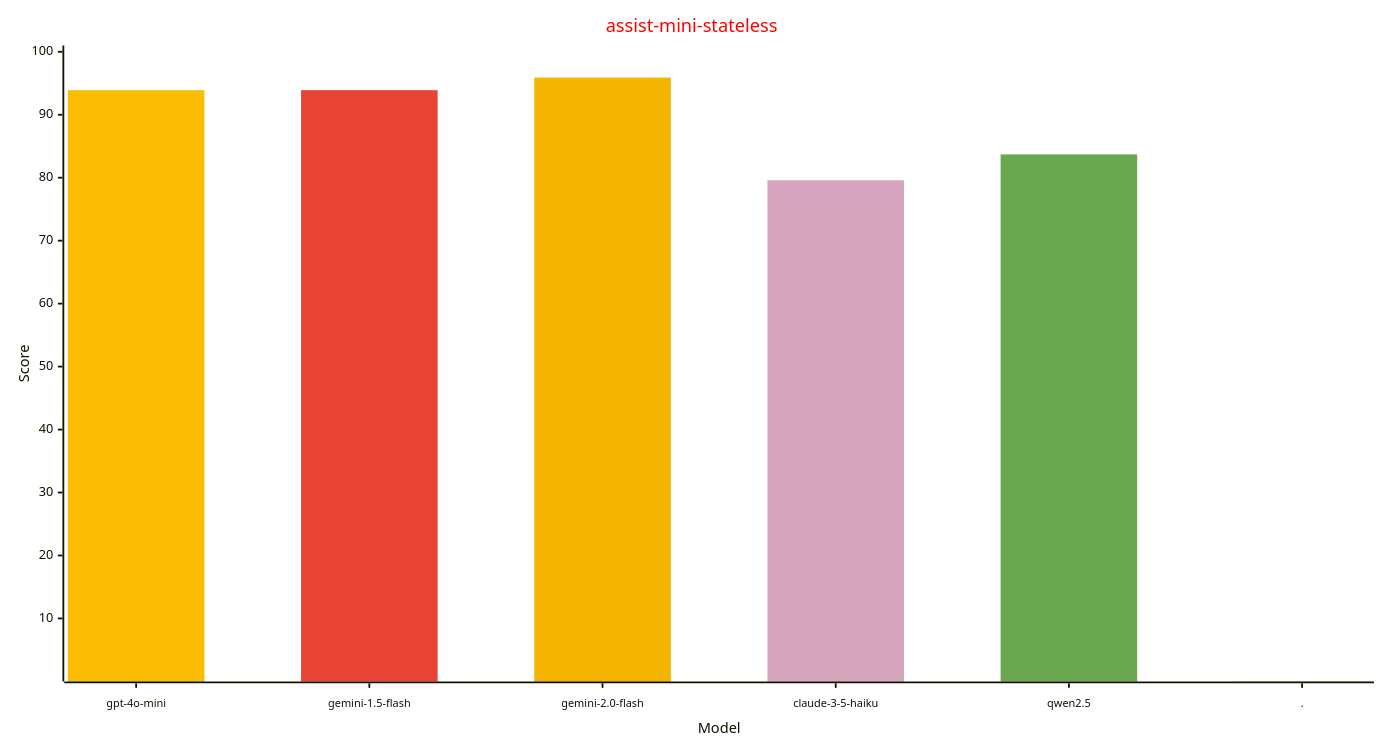
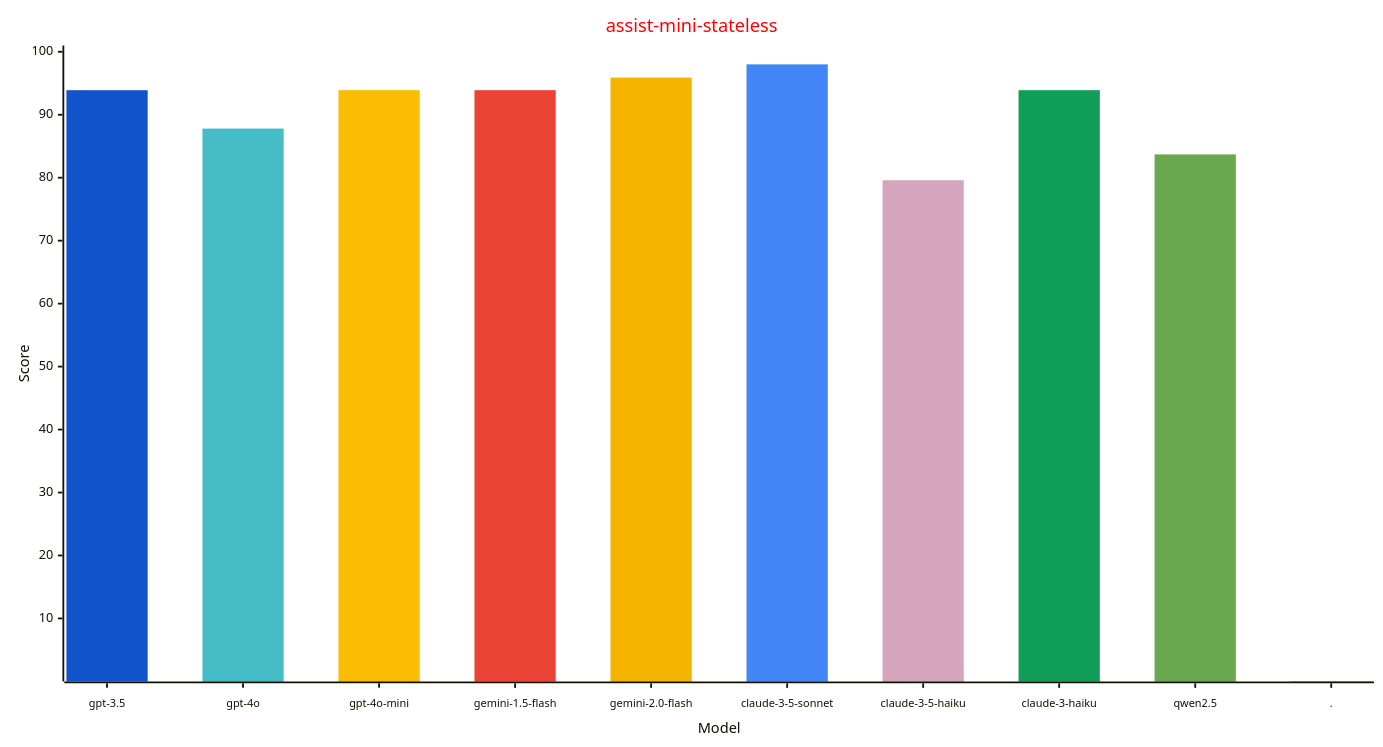
One commit to allenporter/home-assistant-datasets changed the second of 3 diagrams in reports/README.md. Above: the diagram before and after it, drawn with Mermaid. The commit also changed other lines of this file and 198 other files, not shown here.

````diff
--- a/reports/README.md
+++ b/reports/README.md
@@ -108,26 +108,30 @@
 ```mermaid
 ---
 config:
     xyChart:
         width: 1500
         height: 800
         xAxis:
           labelFontSize: 12
           labelPadding: 8
     themeVariables:
         xyChart:
             titleColor: "#ff0000"
-            plotColorPalette: "#fbbc04, #ea4335, #f4b400, #d5a6bd, #6aa84f, #4285f4"
+            plotColorPalette: "#1155cc, #46bdc6, #fbbc04, #ea4335, #f4b400, #4285f4, #d5a6bd, #0f9d58, #6aa84f, #4285f4"
 
 ---
 xychart-beta
   title "assist-mini-stateless"
-  x-axis "Model" [gpt-4o-mini, gemini-1.5-flash, gemini-2.0-flash, claude-3-5-haiku, qwen2.5, .]
+  x-axis "Model" [gpt-3.5, gpt-4o, gpt-4o-mini, gemini-1.5-flash, gemini-2.0-flash, claude-3-5-sonnet, claude-3-5-haiku, claude-3-haiku, qwen2.5, .]
   y-axis "Score" 1 --> 100
-  bar [93.9, 0.0, 0.0, 0.0, 0.0, 0.0]
-  bar [0.0, 93.9, 0.0, 0.0, 0.0, 0.0]
-  bar [0.0, 0.0, 95.9, 0.0, 0.0, 0.0]
-  bar [0.0, 0.0, 0.0, 79.6, 0.0, 0.0]
-  bar [0.0, 0.0, 0.0, 0.0, 83.7, 0.0]
-  bar [0.0, 0.0, 0.0, 0.0, 0.0, -1.0]
+  bar [93.9, 0.0, 0.0, 0.0, 0.0, 0.0, 0.0, 0.0, 0.0, 0.0]
+  bar [0.0, 87.8, 0.0, 0.0, 0.0, 0.0, 0.0, 0.0, 0.0, 0.0]
+  bar [0.0, 0.0, 93.9, 0.0, 0.0, 0.0, 0.0, 0.0, 0.0, 0.0]
+  bar [0.0, 0.0, 0.0, 93.9, 0.0, 0.0, 0.0, 0.0, 0.0, 0.0]
+  bar [0.0, 0.0, 0.0, 0.0, 95.9, 0.0, 0.0, 0.0, 0.0, 0.0]
+  bar [0.0, 0.0, 0.0, 0.0, 0.0, 98.0, 0.0, 0.0, 0.0, 0.0]
+  bar [0.0, 0.0, 0.0, 0.0, 0.0, 0.0, 79.6, 0.0, 0.0, 0.0]
+  bar [0.0, 0.0, 0.0, 0.0, 0.0, 0.0, 0.0, 93.9, 0.0, 0.0]
+  bar [0.0, 0.0, 0.0, 0.0, 0.0, 0.0, 0.0, 0.0, 83.7, 0.0]
+  bar [0.0, 0.0, 0.0, 0.0, 0.0, 0.0, 0.0, 0.0, 0.0, -1.0]
 ```
````
